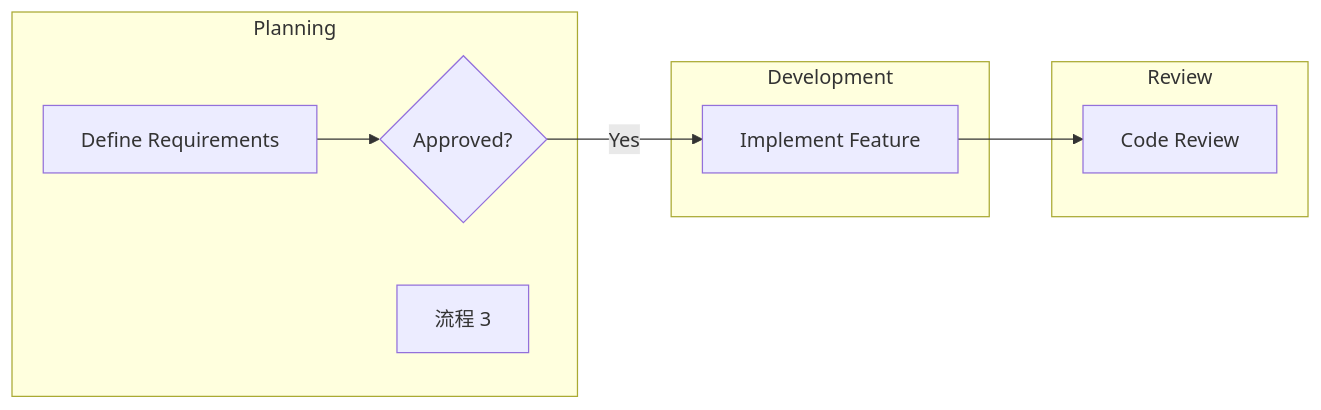
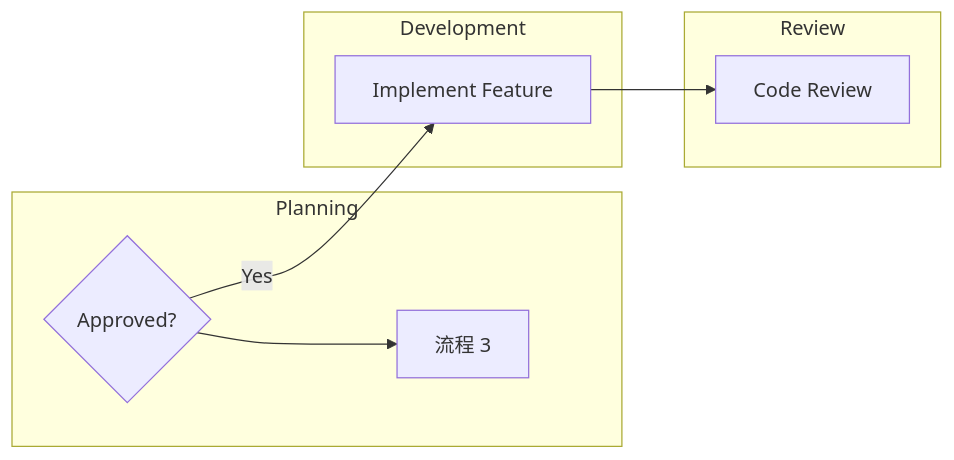
The diagram in mmd/123_e071729a-9d63-4bd1-8388-a5391d0258e6.mmd (pingpm/mermaid_vault), drawn with Mermaid before and after one commit. The commit also changed 2 other files, not shown here.

Commit message:
Sync Mermaid Studio data (13 diagrams)

```diff
--- a/mmd/123_e071729a-9d63-4bd1-8388-a5391d0258e6.mmd
+++ b/mmd/123_e071729a-9d63-4bd1-8388-a5391d0258e6.mmd
@@ -1,15 +1,14 @@
 graph LR
   subgraph lane_lane_1["Planning"]
-    t_task_1["Define Requirements"]
+    t_65a2cff1_c9c1_4f95_bf33_ea71e3e27798["流程 3"]
     t_task_2{"Approved?"}
-    t_65a2cff1_c9c1_4f95_bf33_ea71e3e27798["流程 3"]
   end
   subgraph lane_lane_2["Development"]
     t_task_3["Implement Feature"]
   end
   subgraph lane_lane_3["Review"]
     t_task_4["Code Review"]
   end
-  t_task_1 --> t_task_2
   t_task_2 -->|"Yes"| t_task_3
   t_task_3 --> t_task_4
+  t_task_2 --> t_65a2cff1_c9c1_4f95_bf33_ea71e3e27798
```
